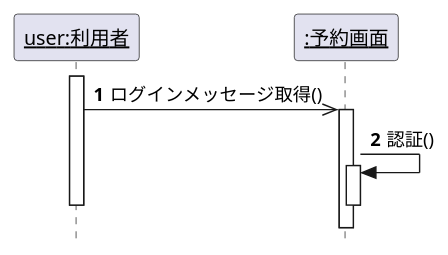
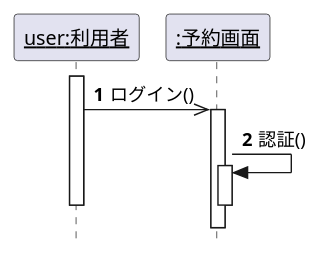
The diagram in 演習4-2_SD_利用者と予約画面.pu (yoshiokaharuto/uml-introduction), drawn with PlantUML before and after one commit.

Commit message:
課題4-2の作成

```diff
--- a/演習4-2_SD_利用者と予約画面.pu
+++ b/演習4-2_SD_利用者と予約画面.pu
@@ -1,18 +1,18 @@
 @startuml 演習4-2_SD_利用者と予約画面
 
     hide footbox
     autonumber /'メッセージに自動で番号を降る '/
     skinparam style strictuml /' 厳密なUMLに準拠する '/
 
     participant "<u>user:利用者</u>" as user
 
     participant "<u>:予約画面</u>" as reserve
 
     activate user
-        user ->> reserve: ログインメッセージ取得()
+        user ->> reserve: ログイン()
         activate reserve
             reserve -> reserve: 認証()
             activate reserve
         deactivate reserve
     deactivate user
 @enduml
```
